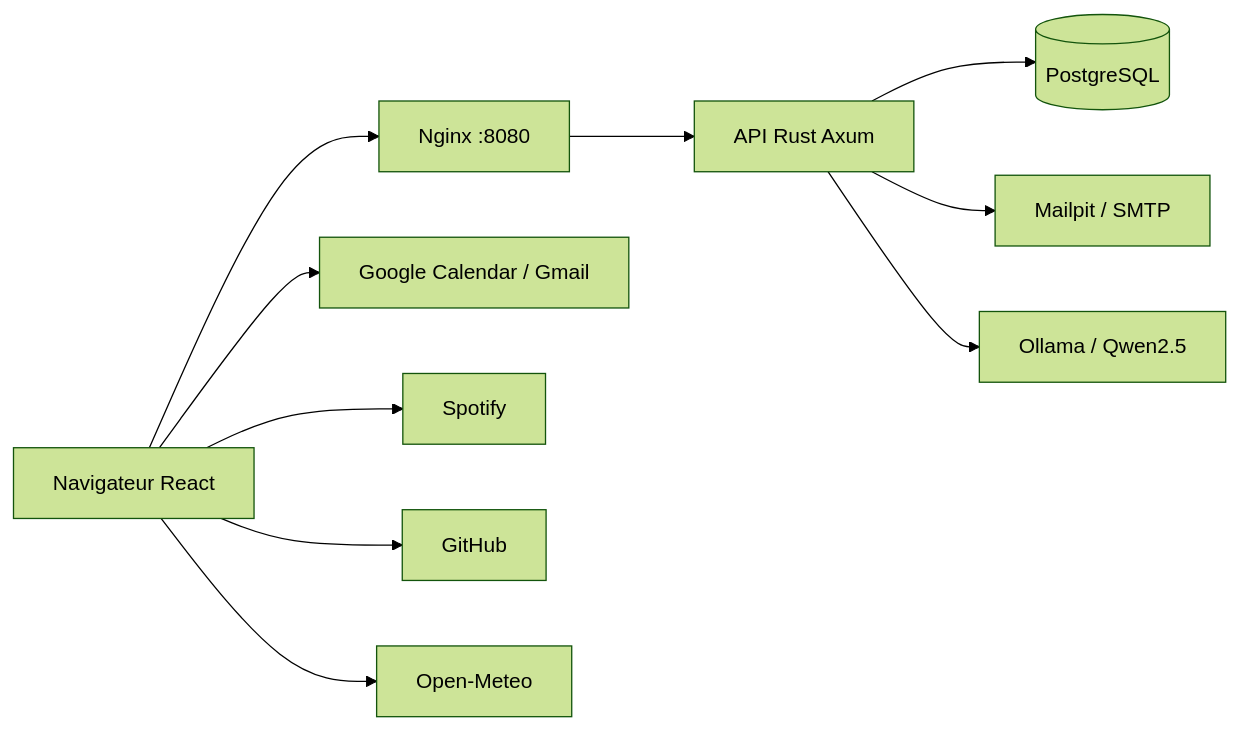
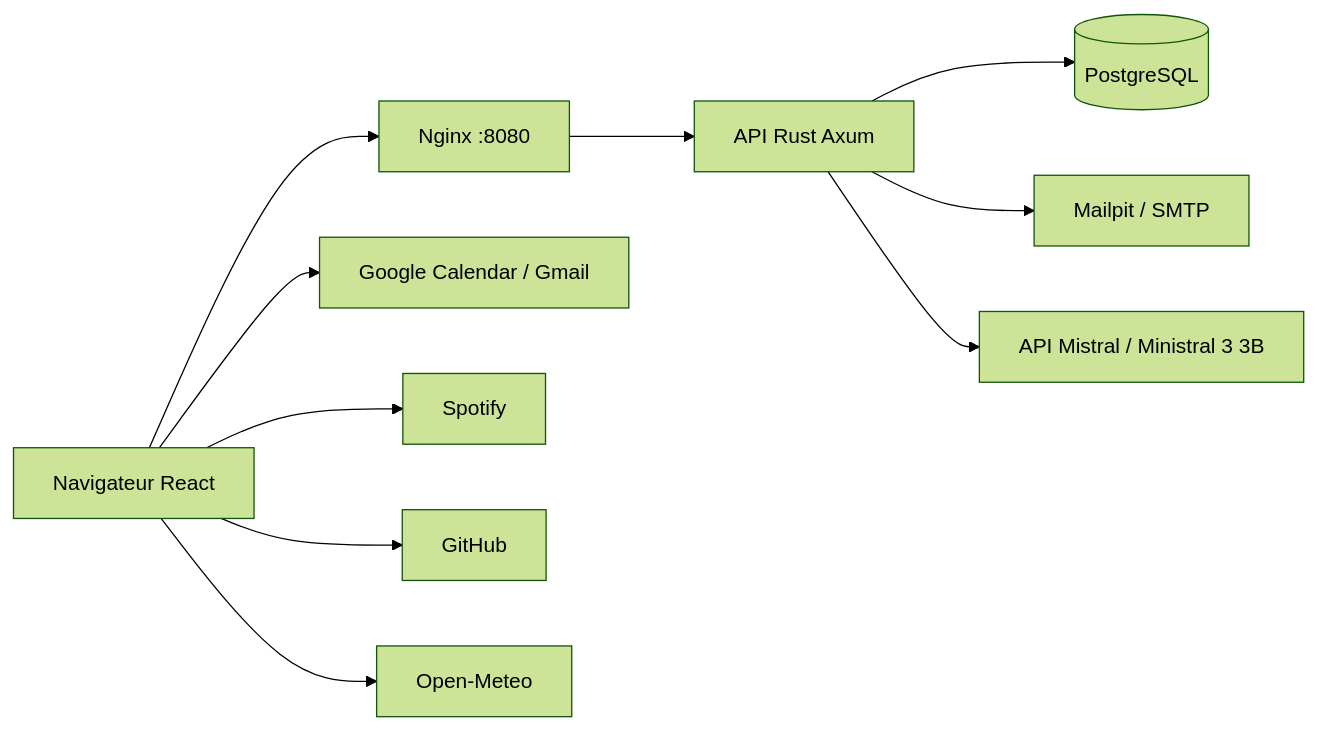
One commit to Origanire/lumi-dashboard changed the diagram in README.md. Above: the diagram before and after it, drawn with Mermaid (forest theme). The commit also changed other lines of this file and 19 other files, not shown here.

First line of the commit message:
feat: Migrate from Ollama to Mistral for AI assistant functionality

````diff
--- a/README.md
+++ b/README.md
@@ -181,12 +181,12 @@
 ```mermaid
 flowchart LR
   B[Navigateur React] --> N[Nginx :8080]
   N --> A[API Rust Axum]
   A --> P[(PostgreSQL)]
   A --> M[Mailpit / SMTP]
   B --> G[Google Calendar / Gmail]
   B --> S[Spotify]
   B --> GH[GitHub]
   B --> W[Open-Meteo]
-  A --> O[Ollama / Qwen2.5]
+  A --> O[API Mistral / Ministral 3 3B]
 ```
````
